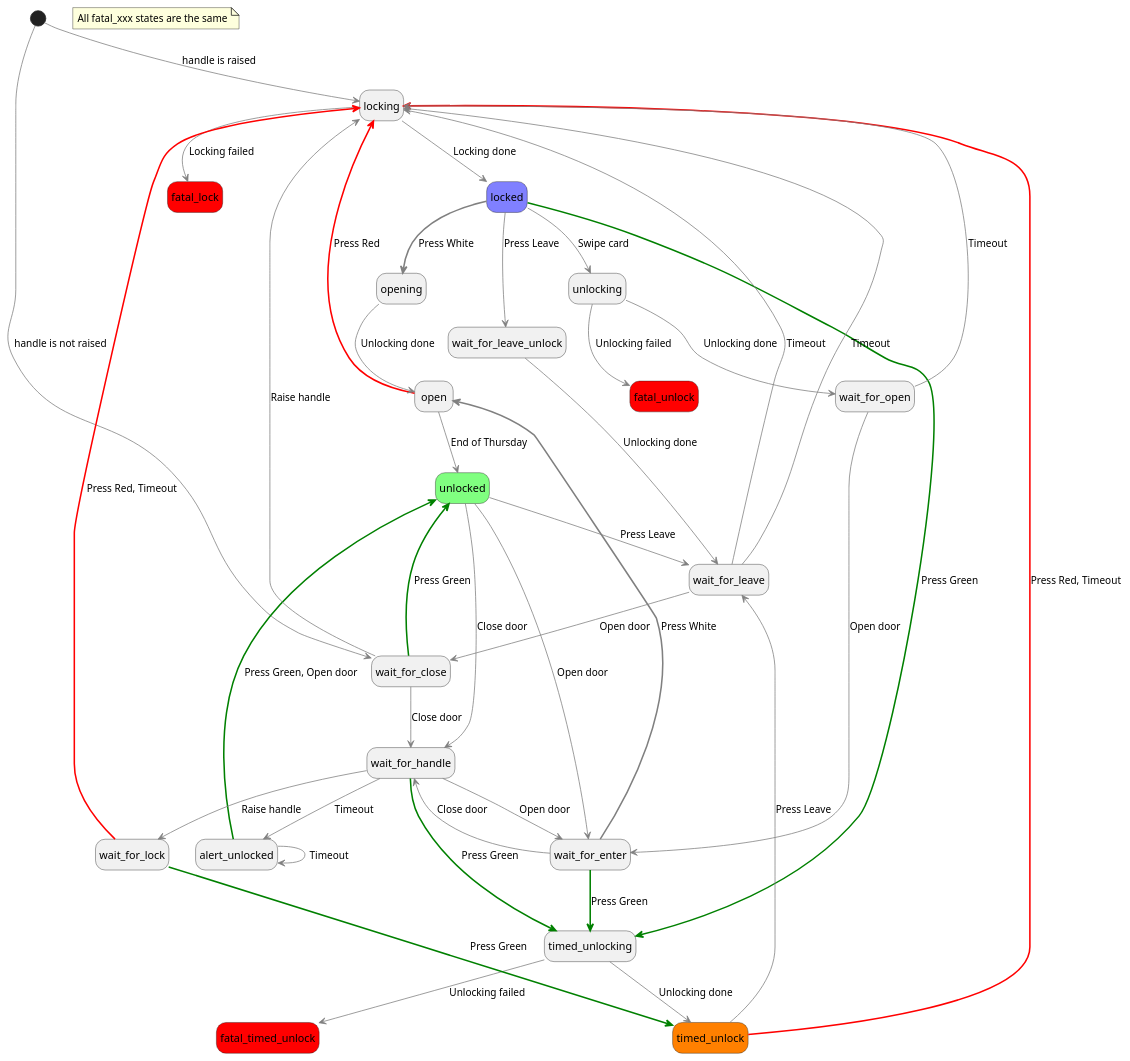
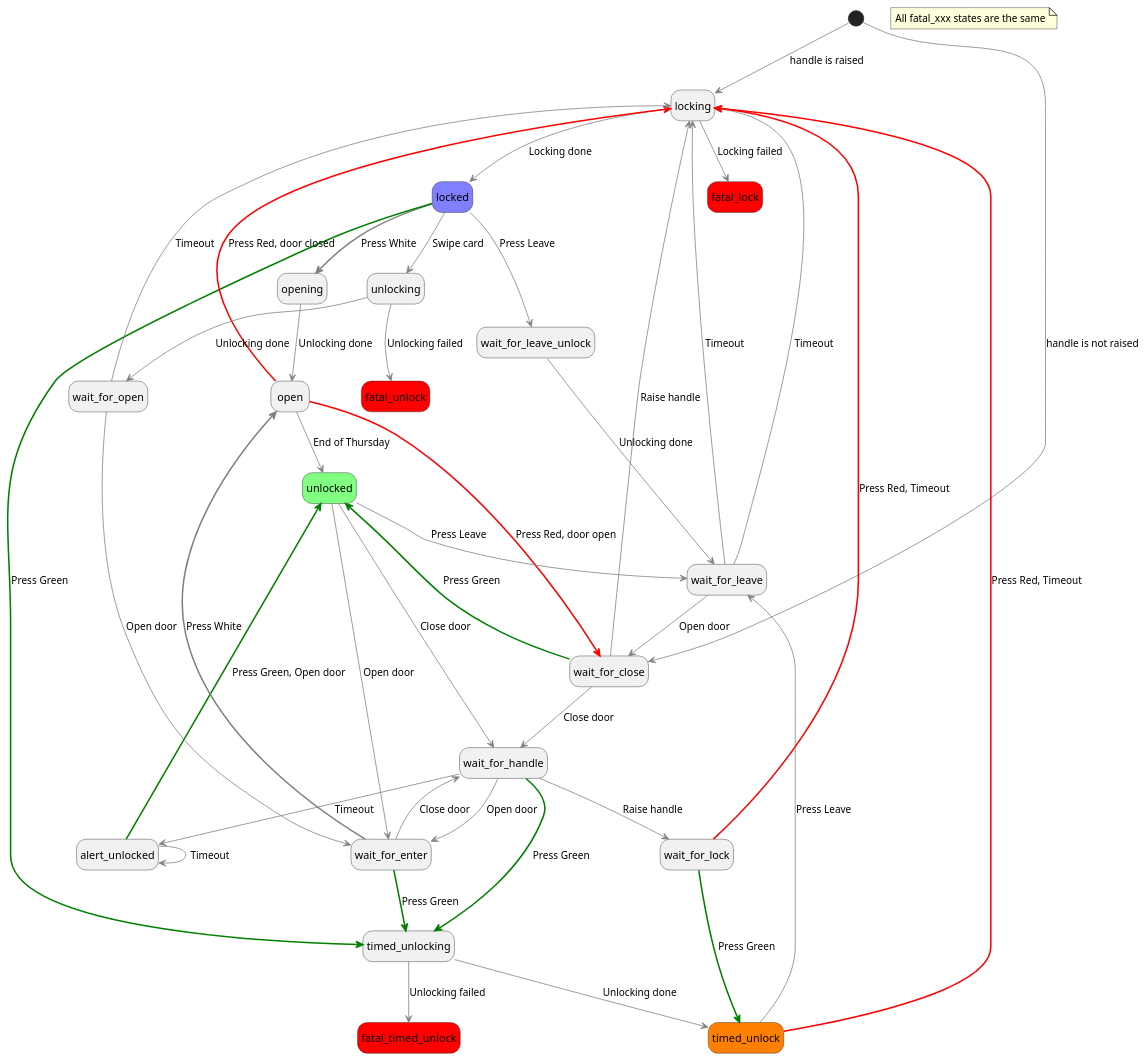
One commit to bullestock/acsv2 changed the diagram in ui/states.plantuml. Above: the diagram before and after it, drawn with PlantUML. The commit also changed 1 other file, not shown here.

Commit message:
Handle manual locking in Thursday mode better.

```diff
--- a/ui/states.plantuml
+++ b/ui/states.plantuml
@@ -1,62 +1,63 @@
 @startuml
 hide empty description
 
 <style>
 stateDiagram {
   arrow {
     LineColor Gray
   }
 }
 </style>
 
 state fatal_lock #ff0000
 state fatal_unlock #ff0000
 state fatal_timed_unlock #ff0000
 
 note "All fatal_xxx states are the same" as fatal_note
 
 state locked #8080ff
 state unlocked #80ff80
 state timed_unlock #ff8000
 
 [*] --> locking: handle is raised
 [*] --> wait_for_close: handle is not raised
 alert_unlocked --> alert_unlocked: Timeout
 alert_unlocked -[#green,bold]-> unlocked: Press Green, Open door
 locked -[#gray,bold]-> opening: Press White
 locked -[#green,bold]-> timed_unlocking: Press Green
 locked --> unlocking: Swipe card
 locked --> wait_for_leave_unlock: Press Leave
 locking --> fatal_lock: Locking failed
 locking --> locked: Locking done
-open -[#red,bold]-> locking: Press Red
+open -[#red,bold]-> locking: Press Red, door closed
+open -[#red,bold]-> wait_for_close: Press Red, door open
 open --> unlocked: End of Thursday
 opening --> open: Unlocking done
 timed_unlock -[#red,bold]-> locking: Press Red, Timeout
 timed_unlock --> wait_for_leave: Press Leave
 timed_unlocking --> fatal_timed_unlock: Unlocking failed
 timed_unlocking --> timed_unlock: Unlocking done
 unlocked --> wait_for_enter: Open door
 unlocked --> wait_for_handle: Close door
 unlocked --> wait_for_leave: Press Leave
 unlocking --> fatal_unlock: Unlocking failed
 unlocking --> wait_for_open: Unlocking done
 wait_for_close --> locking: Raise handle
 wait_for_close -[#green,bold]-> unlocked: Press Green
 wait_for_close --> wait_for_handle: Close door
 wait_for_enter -[#green,bold]-> timed_unlocking: Press Green
 wait_for_enter -[#grey,bold]-> open: Press White
 wait_for_enter --> wait_for_handle: Close door
 wait_for_handle --> alert_unlocked: Timeout
 wait_for_handle -[#green,bold]-> timed_unlocking: Press Green
 wait_for_handle --> wait_for_enter: Open door
 wait_for_handle --> wait_for_lock: Raise handle
 wait_for_leave --> locking: Timeout
 wait_for_leave --> wait_for_close: Open door
 wait_for_leave --> locking: Timeout
 wait_for_leave_unlock --> wait_for_leave: Unlocking done
 wait_for_lock -[#red,bold]-> locking: Press Red, Timeout
 wait_for_lock -[#green,bold]-> timed_unlock: Press Green
 wait_for_open --> locking: Timeout
 wait_for_open --> wait_for_enter: Open door
 @enduml
```
